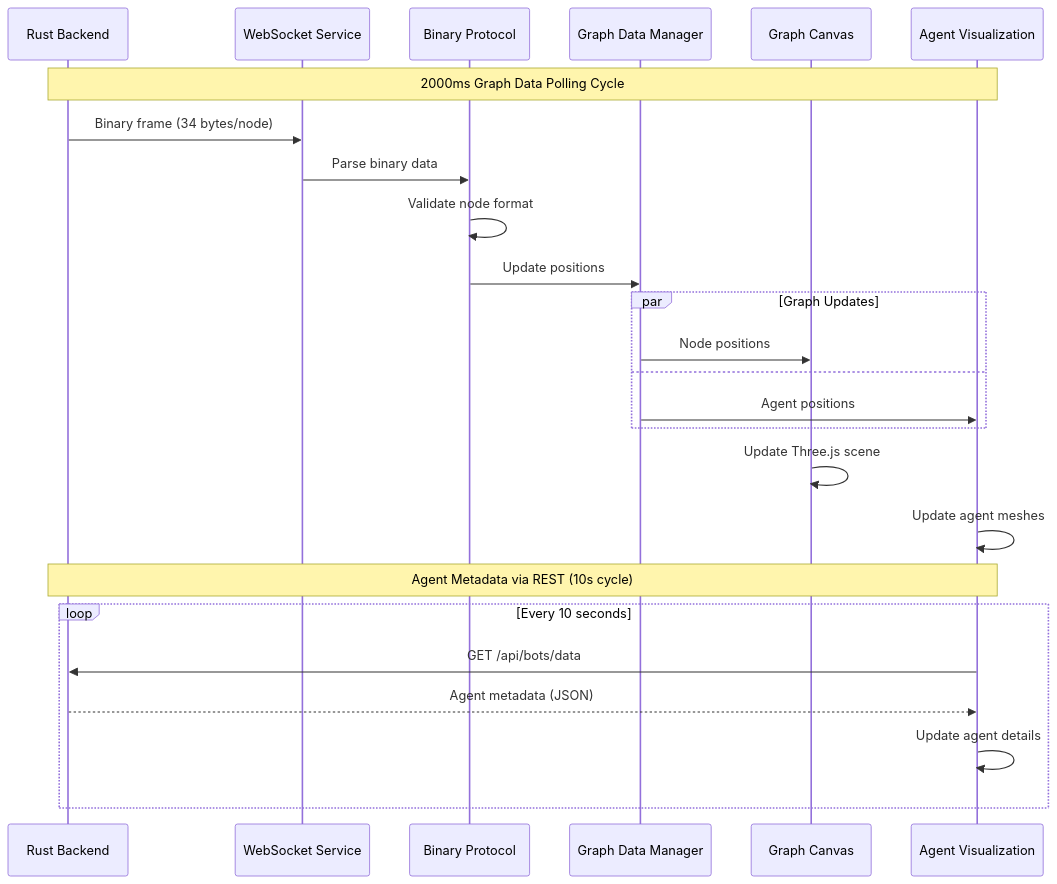
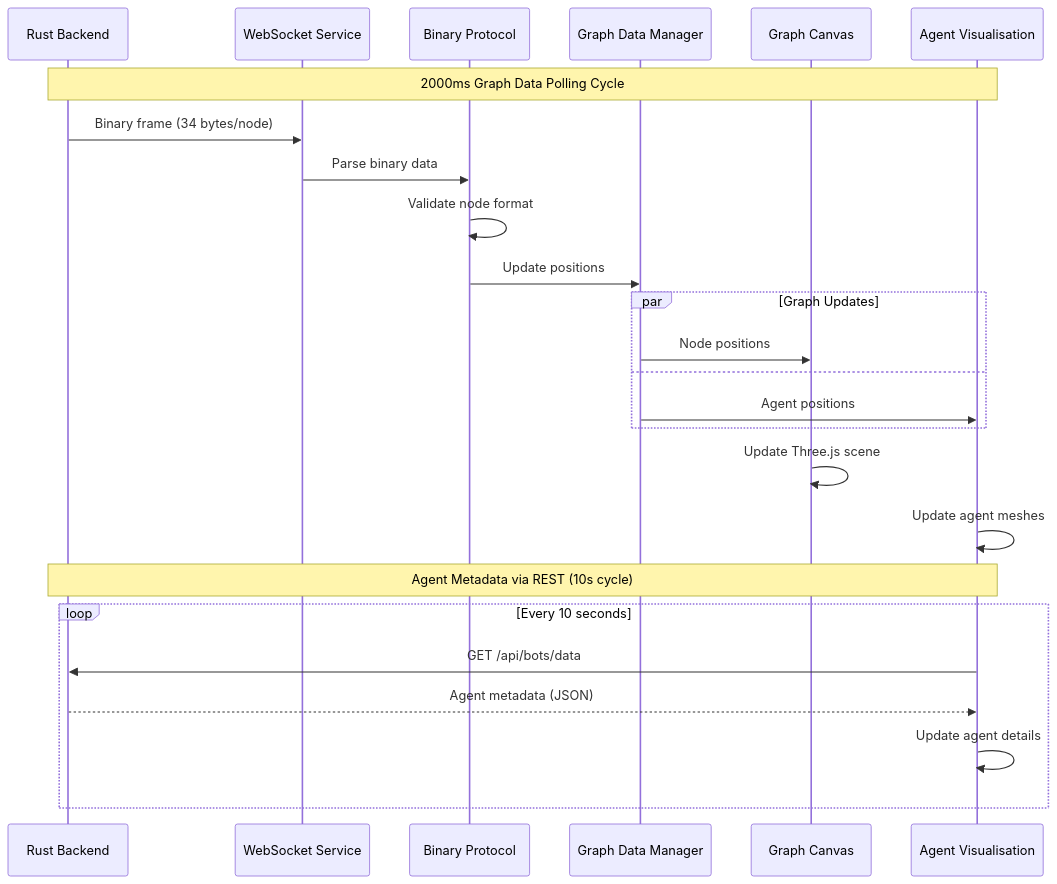
One commit to DreamLab-AI/VisionFlow changed the eighth of 14 diagrams in docs/client-architecture-current.md. Above: the diagram before and after it, drawn with Mermaid. The commit also changed other lines of this file, not shown here.

Commit message:
fully update client diagrams

````diff
--- a/docs/client-architecture-current.md
+++ b/docs/client-architecture-current.md
@@ -617,33 +620,33 @@
 ```mermaid
 sequenceDiagram
     participant Backend as Rust Backend
     participant WS as WebSocket Service
     participant Binary as Binary Protocol
     participant GraphData as Graph Data Manager
     participant Canvas as Graph Canvas
-    participant Agents as Agent Visualization
+    participant Agents as Agent Visualisation
 
     Note over Backend,Agents: 2000ms Graph Data Polling Cycle
 
     Backend->>WS: Binary frame (34 bytes/node)
     WS->>Binary: Parse binary data
     Binary->>Binary: Validate node format
     Binary->>GraphData: Update positions
 
     par Graph Updates
         GraphData->>Canvas: Node positions
         and
         GraphData->>Agents: Agent positions
     end
 
     Canvas->>Canvas: Update Three.js scene
     Agents->>Agents: Update agent meshes
 
     Note over Backend,Agents: Agent Metadata via REST (10s cycle)
 
     loop Every 10 seconds
         Agents->>Backend: GET /api/bots/data
         Backend-->>Agents: Agent metadata (JSON)
         Agents->>Agents: Update agent details
     end
 ```
````
